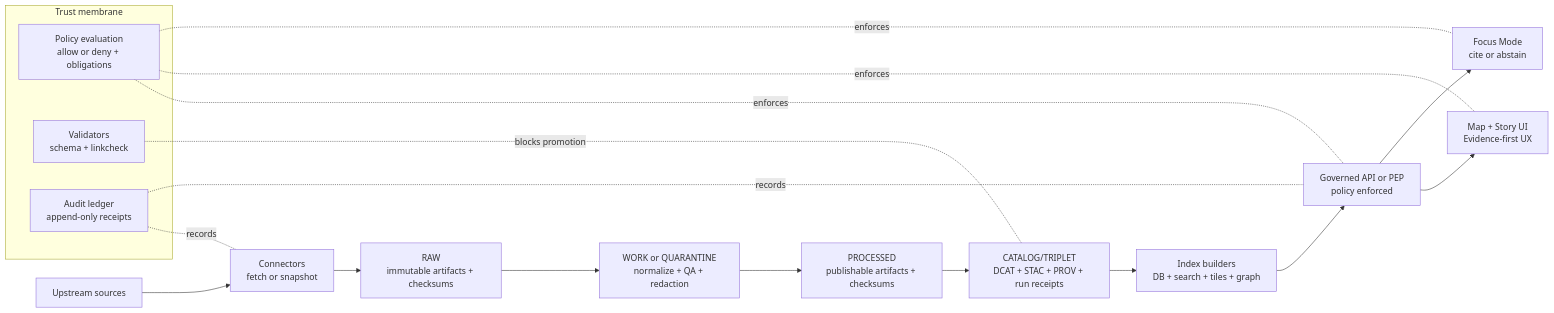
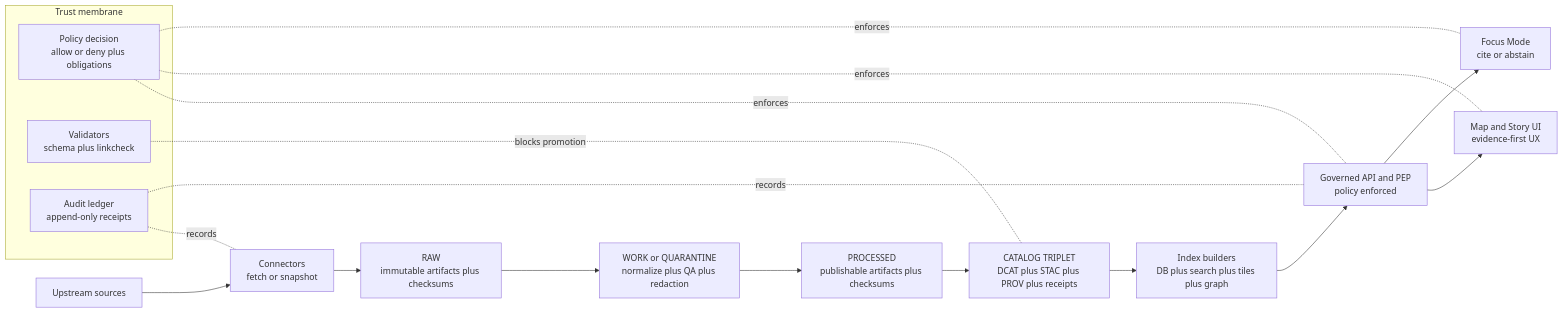
The first of 2 diagrams in docs/architecture/README.md (bartytime4life/Kansas-Frontier-Matrix), drawn with Mermaid before and after one commit. The commit also changed other lines of this file, not shown here.

````diff
--- a/docs/architecture/README.md
+++ b/docs/architecture/README.md
@@ -71,26 +96,26 @@
 ```mermaid
 flowchart LR
   UP[Upstream sources] --> CON[Connectors\nfetch or snapshot]
-  CON --> RAW[RAW\nimmutable artifacts + checksums]
-  RAW --> WRK[WORK or QUARANTINE\nnormalize + QA + redaction]
-  WRK --> PRC[PROCESSED\npublishable artifacts + checksums]
-  PRC --> CAT[CATALOG/TRIPLET\nDCAT + STAC + PROV + run receipts]
-  CAT --> IDX[Index builders\nDB + search + tiles + graph]
-  IDX --> PEP[Governed API or PEP\npolicy enforced]
-  PEP --> UI[Map + Story UI\nEvidence-first UX]
+  CON --> RAW[RAW\nimmutable artifacts plus checksums]
+  RAW --> WRK[WORK or QUARANTINE\nnormalize plus QA plus redaction]
+  WRK --> PRC[PROCESSED\npublishable artifacts plus checksums]
+  PRC --> CAT[CATALOG TRIPLET\nDCAT plus STAC plus PROV plus receipts]
+  CAT --> IDX[Index builders\nDB plus search plus tiles plus graph]
+  IDX --> PEP[Governed API and PEP\npolicy enforced]
+  PEP --> UI[Map and Story UI\nevidence-first UX]
   PEP --> FOCUS[Focus Mode\ncite or abstain]
 
   subgraph TM[Trust membrane]
-    POL[Policy evaluation\nallow or deny + obligations]
-    VAL[Validators\nschema + linkcheck]
+    POL[Policy decision\nallow or deny plus obligations]
+    VAL[Validators\nschema plus linkcheck]
     AUD[Audit ledger\nappend-only receipts]
   end
 
   POL -.enforces.- PEP
   POL -.enforces.- UI
   POL -.enforces.- FOCUS
 
   VAL -.blocks promotion.- CAT
   AUD -.records.- CON
   AUD -.records.- PEP
 ```
````
